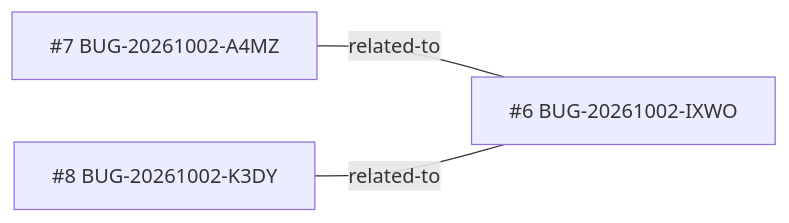
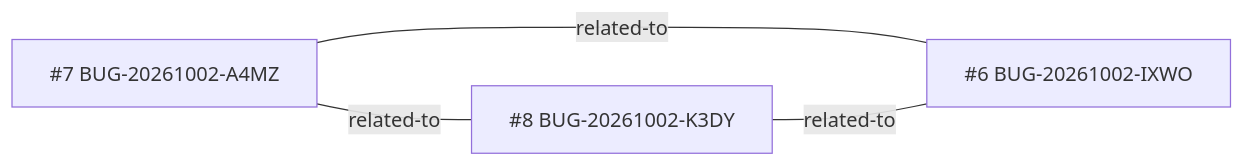
One commit to iago-leal/whispper-whatsapp-web changed the diagram in _reversa_bugs/janela-flutuante/generated/graph.md. Above: the diagram before and after it, drawn with Mermaid. The commit also changed other lines of this file and 29 other files, not shown here.

````diff
--- a/_reversa_bugs/janela-flutuante/generated/graph.md
+++ b/_reversa_bugs/janela-flutuante/generated/graph.md
@@ -5,8 +5,9 @@
 ```mermaid
 graph LR
   BUG_20261002_IXWO["#6 BUG-20261002-IXWO"]
   BUG_20261002_A4MZ["#7 BUG-20261002-A4MZ"]
   BUG_20261002_K3DY["#8 BUG-20261002-K3DY"]
   BUG_20261002_A4MZ ---|related-to| BUG_20261002_IXWO
+  BUG_20261002_A4MZ ---|related-to| BUG_20261002_K3DY
   BUG_20261002_K3DY ---|related-to| BUG_20261002_IXWO
 ```
````
